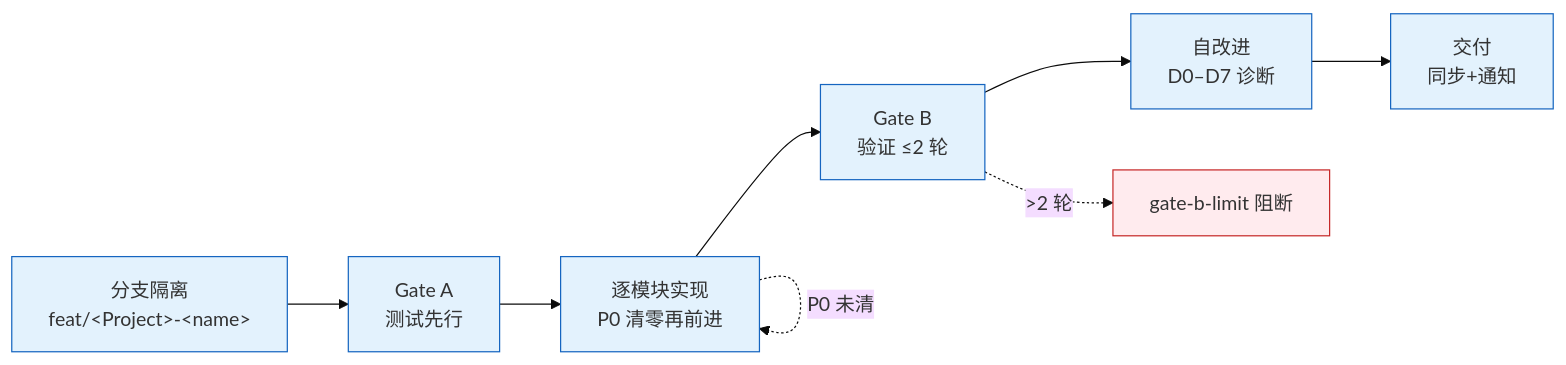
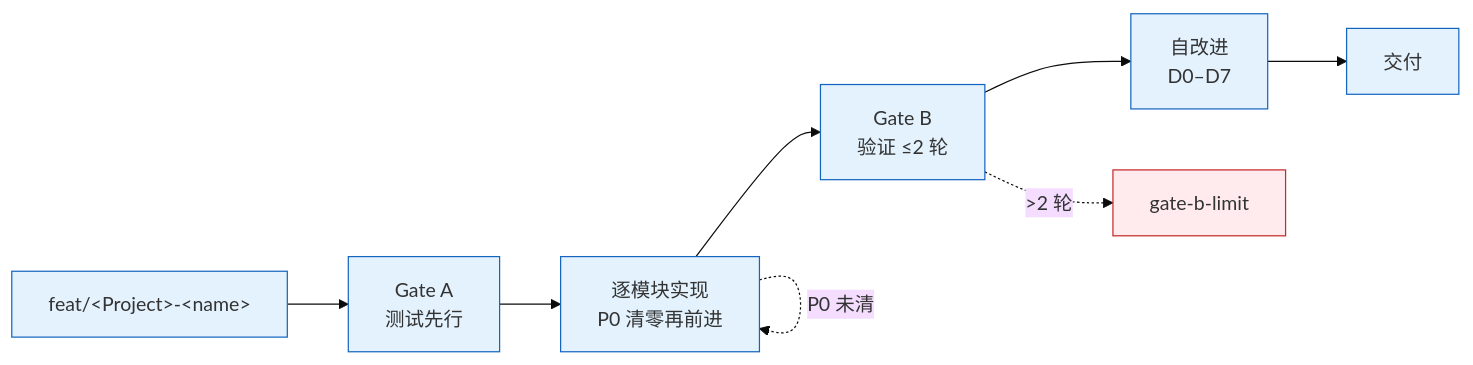
One commit to effiy/YrY changed the sixth of 10 diagrams in skills/rui/SKILL.md. Above: the diagram before and after it, drawn with Mermaid (base theme). The commit also changed other lines of this file and 1 other file, not shown here.

````diff
--- a/skills/rui/SKILL.md
+++ b/skills/rui/SKILL.md
@@ -275,12 +212,12 @@
 ```mermaid
 flowchart LR
-    A[分支隔离<br/>feat/&lt;Project&gt;-&lt;name&gt;]:::s --> B[Gate A<br/>测试先行]:::s
+    A[feat/&lt;Project&gt;-&lt;name&gt;]:::s --> B[Gate A<br/>测试先行]:::s
     B --> C[逐模块实现<br/>P0 清零再前进]:::s
     C --> D[Gate B<br/>验证 ≤2 轮]:::s
-    D --> E[自改进<br/>D0–D7 诊断]:::s
-    E --> F[交付<br/>同步+通知]:::s
+    D --> E[自改进<br/>D0–D7]:::s
+    E --> F[交付]:::s
     C -.P0 未清.-> C
-    D -.>2 轮.-> X[gate-b-limit 阻断]:::bad
+    D -.>2 轮.-> X[gate-b-limit]:::bad
     classDef s fill:#e3f2fd,stroke:#1565c0;
     classDef bad fill:#ffebee,stroke:#c62828;
 ```
````
